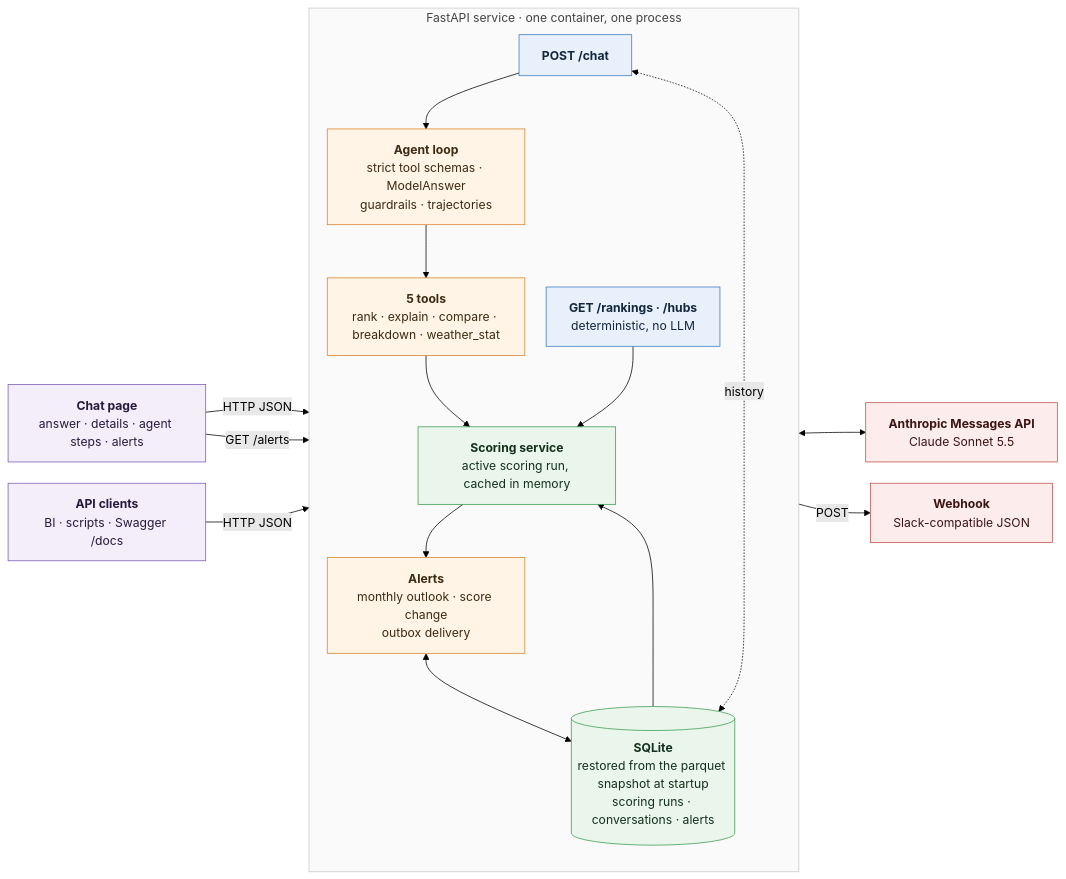
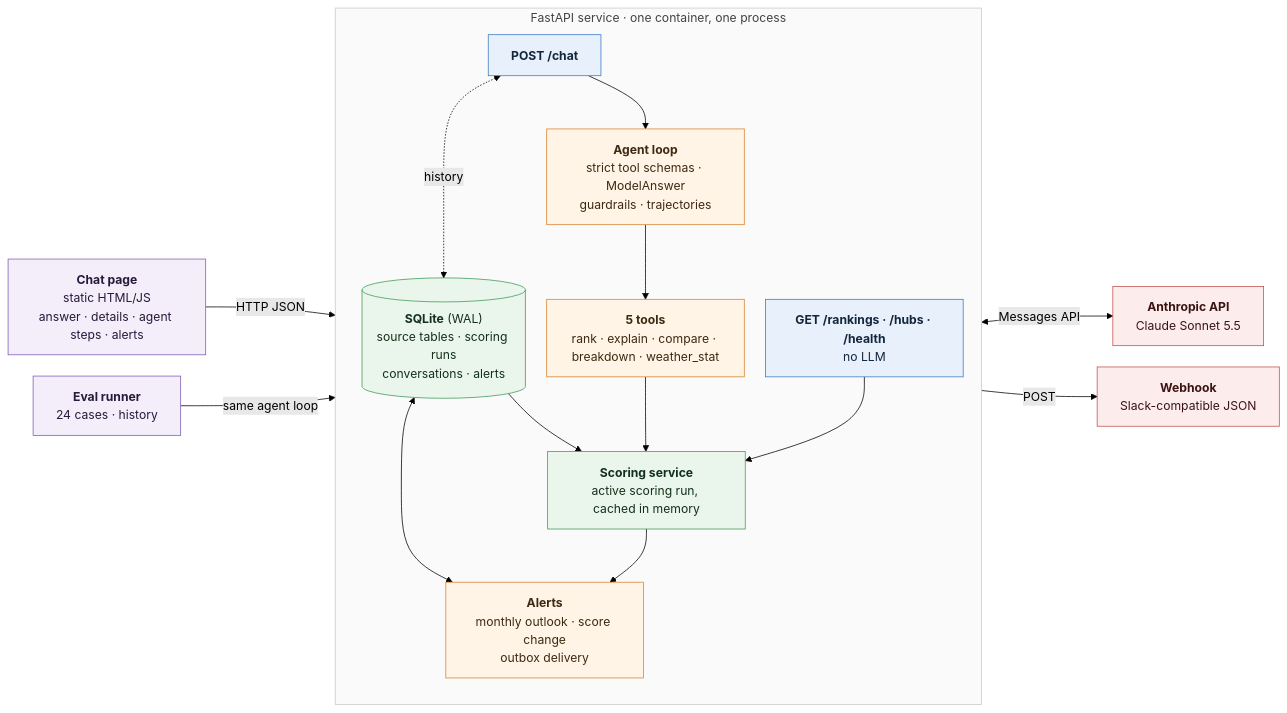
One commit to Omer212111/Home-assignment-Moveo changed the first of 3 diagrams in docs/ARCHITECTURE.md. Above: the diagram before and after it, drawn with Mermaid (forest theme). The commit also changed 6 other files, not shown here.

First line of the commit message:
Architecture diagrams: back to the previous diagram, with only the ingestion pipeline and the chat page -> /rankings arrow removed

````diff
--- a/docs/ARCHITECTURE.md
+++ b/docs/ARCHITECTURE.md
@@ -10,51 +10,51 @@
 ```mermaid
 ---
 config:
   flowchart:
     curve: basis
     nodeSpacing: 28
     rankSpacing: 45
 ---
 flowchart LR
-    UI["<b>Chat page</b><br/>answer · details · agent steps · alerts"]
-    CLIENTS["<b>API clients</b><br/>BI · scripts · Swagger /docs"]
 
     subgraph SVC["FastAPI service · one container, one process"]
         direction TB
+        DB[("<b>SQLite</b> (WAL)<br/>source tables · scoring runs<br/>conversations · alerts")]
+        ENG["<b>Scoring service</b><br/>active scoring run, cached in memory"]
         CHAT["<b>POST /chat</b>"]
         AGENT["<b>Agent loop</b><br/>strict tool schemas · ModelAnswer<br/>guardrails · trajectories"]
         TOOLS["<b>5 tools</b><br/>rank · explain · compare · breakdown · weather_stat"]
-        REST["<b>GET /rankings · /hubs</b><br/>deterministic, no LLM"]
-        ENG["<b>Scoring service</b><br/>active scoring run, cached in memory"]
-        DB[("<b>SQLite</b><br/>restored from the parquet snapshot at startup<br/>scoring runs · conversations · alerts")]
+        REST["<b>GET /rankings · /hubs · /health</b><br/>no LLM"]
         ALERT["<b>Alerts</b><br/>monthly outlook · score change<br/>outbox delivery"]
+        DB --> ENG
         CHAT --> AGENT --> TOOLS --> ENG
         REST --> ENG
-        DB --> ENG
         ENG --> ALERT
         ALERT <--> DB
         CHAT <-. "history" .-> DB
     end
 
-    CLAUDE["<b>Anthropic Messages API</b><br/>Claude Sonnet 5.5"]
+    UI["<b>Chat page</b><br/>static HTML/JS<br/>answer · details · agent steps · alerts"]
+    CLAUDE["<b>Anthropic API</b><br/>Claude Sonnet 5.5"]
     HOOK["<b>Webhook</b><br/>Slack-compatible JSON"]
+    EVAL["<b>Eval runner</b><br/>24 cases · history"]
 
     UI -- "HTTP JSON" --> CHAT
-    UI -- "GET /alerts" --> ALERT
-    CLIENTS -- "HTTP JSON" --> REST
-    AGENT <--> CLAUDE
+    EVAL -- "same agent loop" --> AGENT
+    AGENT <-- "Messages API" --> CLAUDE
     ALERT -- "POST" --> HOOK
 
     classDef client fill:#f3eefa,stroke:#7d5bb5,color:#271a3b
     classDef api fill:#e8f1fb,stroke:#3b78c3,color:#13263d
     classDef agent fill:#fff4e5,stroke:#d9822b,color:#3d2a12
     classDef ext fill:#fdecec,stroke:#c0504d,color:#3b1414
     classDef eng fill:#eaf6ec,stroke:#3c9a52,color:#14301b
+    classDef batch fill:#eef3f3,stroke:#5b8a8a,color:#1d2e2e
     classDef group fill:#fafafa,stroke:#c8c8c8,color:#444
-    class UI,CLIENTS client
+    class UI,EVAL client
     class CHAT,REST api
     class AGENT,TOOLS,ALERT agent
     class CLAUDE,HOOK ext
     class ENG,DB eng
     class SVC group
 ```
````
